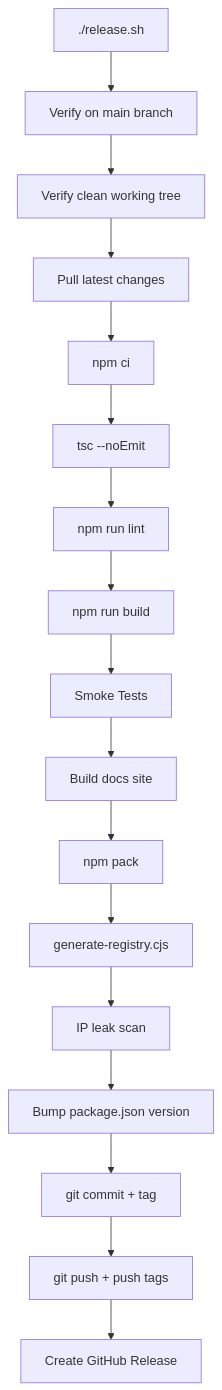
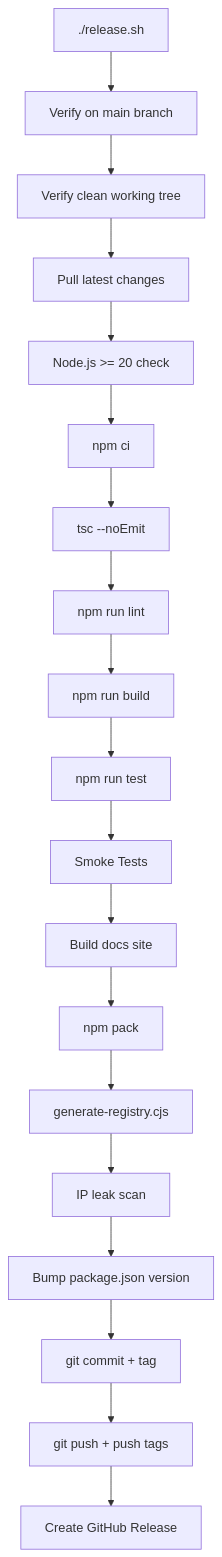
One commit to eai-support/eai changed the first of 3 diagrams in .tech-docs/deployment.md. Above: the diagram before and after it, drawn with Mermaid. The commit also changed other lines of this file and 9 other files, not shown here.

````diff
--- a/.tech-docs/deployment.md
+++ b/.tech-docs/deployment.md
@@ -44,19 +61,21 @@
 ```mermaid
 flowchart TB
     Start[./release.sh] --> Check1[Verify on main branch]
     Check1 --> Check2[Verify clean working tree]
     Check2 --> Check3[Pull latest changes]
-    Check3 --> Install[npm ci]
+    Check3 --> NodeCheck[Node.js >= 20 check]
+    NodeCheck --> Install[npm ci]
     Install --> Typecheck[tsc --noEmit]
     Typecheck --> Lint[npm run lint]
     Lint --> Build[npm run build]
-    Build --> Smoke[Smoke Tests]
+    Build --> Test[npm run test]
+    Test --> Smoke[Smoke Tests]
     Smoke --> Docs[Build docs site]
     Docs --> Pack[npm pack]
     Pack --> Registry[generate-registry.cjs]
     Registry --> IPScan[IP leak scan]
     IPScan --> Bump[Bump package.json version]
     Bump --> Commit[git commit + tag]
     Commit --> Push[git push + push tags]
     Push --> GHRelease[Create GitHub Release]
 ```
````
